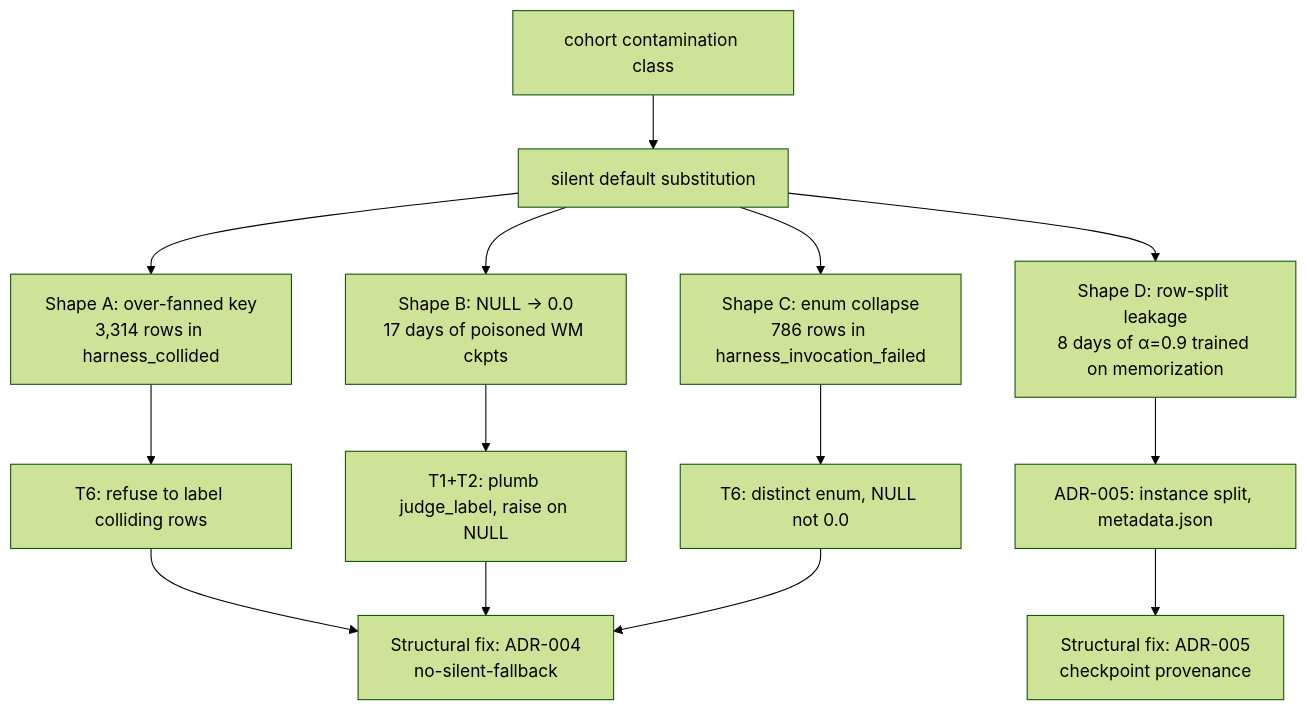
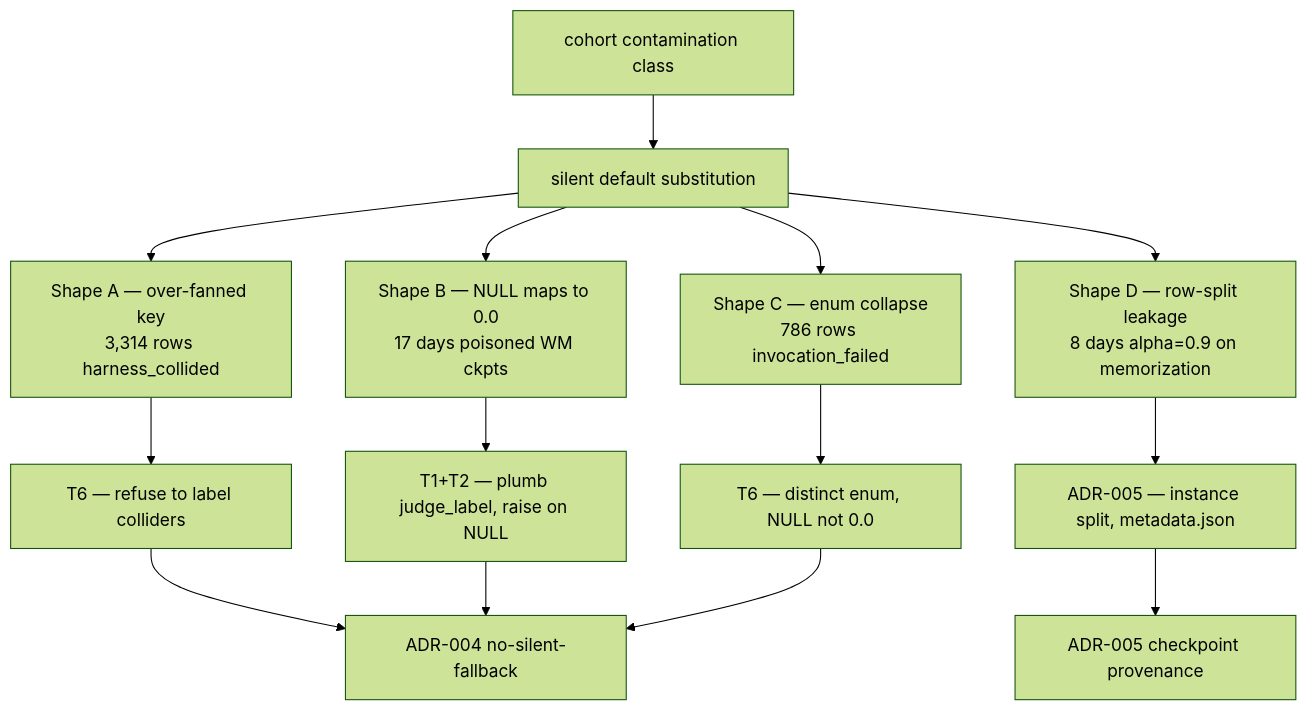
The first of 5 diagrams in src/content/essays/cohort-contamination-class.mdx (samrathchadha/perseusresearch), drawn with Mermaid (forest theme) before and after one commit. The commit also changed other lines of this file and 27 other files, not shown here.

````diff
--- a/src/content/essays/cohort-contamination-class.mdx
+++ b/src/content/essays/cohort-contamination-class.mdx
@@ -334,19 +144,17 @@
 ```mermaid
-graph TD
+flowchart TD
     Class[cohort contamination class]
     Class --> Silent[silent default substitution]
-    Silent --> A[Shape A: over-fanned key\n3,314 rows in harness_collided]
-    Silent --> B[Shape B: NULL → 0.0\n17 days of poisoned WM ckpts]
-    Silent --> C[Shape C: enum collapse\n786 rows in harness_invocation_failed]
-    Silent --> D[Shape D: row-split leakage\n8 days of α=0.9 trained on memorization]
-
-    A --> AFix[T6: refuse to label colliding rows]
-    B --> BFix[T1+T2: plumb judge_label, raise on NULL]
-    C --> CFix[T6: distinct enum, NULL not 0.0]
-    D --> DFix[ADR-005: instance split, metadata.json]
-
-    AFix --> Structural[Structural fix: ADR-004\nno-silent-fallback]
-    BFix --> Structural
-    CFix --> Structural
-    DFix --> Provenance[Structural fix: ADR-005\ncheckpoint provenance]
+    Silent --> A["Shape A — over-fanned key<br/>3,314 rows harness_collided"]
+    Silent --> B["Shape B — NULL maps to 0.0<br/>17 days poisoned WM ckpts"]
+    Silent --> C["Shape C — enum collapse<br/>786 rows invocation_failed"]
+    Silent --> D["Shape D — row-split leakage<br/>8 days alpha=0.9 on memorization"]
+    A --> Fix1[T6 — refuse to label colliders]
+    B --> Fix2[T1+T2 — plumb judge_label, raise on NULL]
+    C --> Fix3[T6 — distinct enum, NULL not 0.0]
+    D --> Fix4[ADR-005 — instance split, metadata.json]
+    Fix1 --> S1[ADR-004 no-silent-fallback]
+    Fix2 --> S1
+    Fix3 --> S1
+    Fix4 --> S2[ADR-005 checkpoint provenance]
 ```
````
